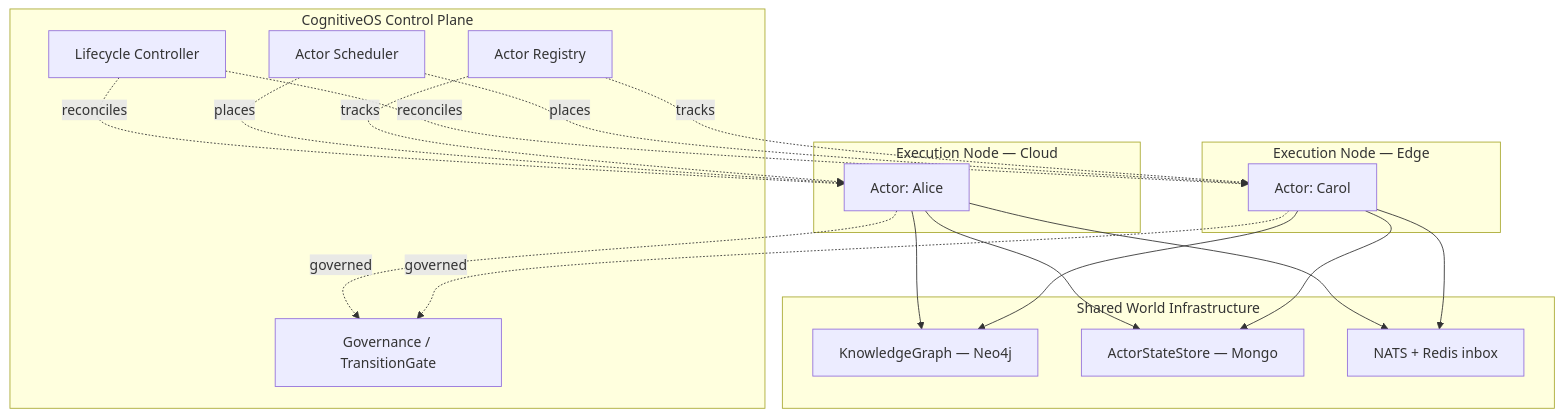
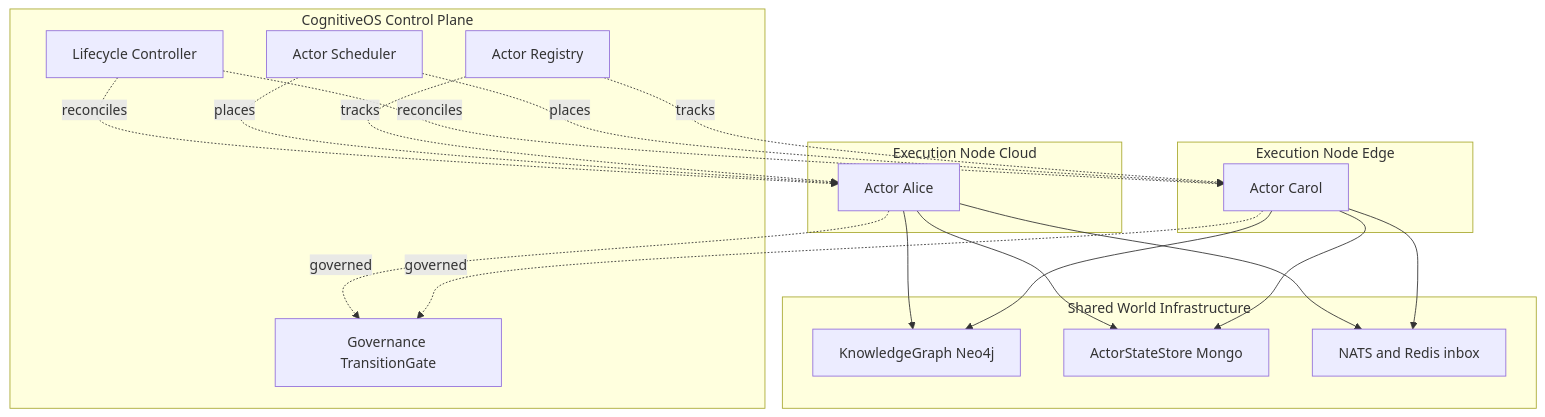
Before and after one commit to monkeypatched-stack/cogitive-os: the seventh of 22 diagrams in docs/DIAGRAMS.md, drawn with Mermaid. The commit also changed other lines of this file, not shown here.

Commit message:
adding diagrams

````diff
--- a/docs/DIAGRAMS.md
+++ b/docs/DIAGRAMS.md
@@ -268,28 +291,38 @@
 ```mermaid
-graph TB
-    subgraph CP["CognitiveOS Control Plane"]
+flowchart TB
+    subgraph cpGrp["CognitiveOS Control Plane"]
         REG["Actor Registry"]
         SCHED["Actor Scheduler"]
         CTRL["Lifecycle Controller"]
-        GOV["Governance / TransitionGate"]
+        GOV["Governance TransitionGate"]
     end
 
-    subgraph SWI["Shared World Infrastructure"]
-        SW["KnowledgeGraph — Neo4j"]
-        PERSIST["ActorStateStore — Mongo"]
-        FABRIC["NATS + Redis inbox"]
+    subgraph swiGrp["Shared World Infrastructure"]
+        SW["KnowledgeGraph Neo4j"]
+        PERSIST["ActorStateStore Mongo"]
+        FABRIC["NATS and Redis inbox"]
     end
 
-    subgraph EN1["Execution Node — Cloud"]
-        ACTOR_A["Actor: Alice"]
-    end
-    subgraph EN2["Execution Node — Edge"]
-        ACTOR_B["Actor: Carol"]
+    subgraph en1Grp["Execution Node Cloud"]
+        ACTOR_A["Actor Alice"]
     end
 
-    CTRL -. reconciles .-> ACTOR_A & ACTOR_B
-    SCHED -. places .-> ACTOR_A & ACTOR_B
-    REG -. tracks .-> ACTOR_A & ACTOR_B
-    ACTOR_A & ACTOR_B --> FABRIC & SW & PERSIST
-    ACTOR_A & ACTOR_B -. governed .-> GOV
+    subgraph en2Grp["Execution Node Edge"]
+        ACTOR_B["Actor Carol"]
+    end
+
+    CTRL -.->|reconciles| ACTOR_A
+    CTRL -.->|reconciles| ACTOR_B
+    SCHED -.->|places| ACTOR_A
+    SCHED -.->|places| ACTOR_B
+    REG -.->|tracks| ACTOR_A
+    REG -.->|tracks| ACTOR_B
+    ACTOR_A --> FABRIC
+    ACTOR_B --> FABRIC
+    ACTOR_A --> SW
+    ACTOR_B --> SW
+    ACTOR_A --> PERSIST
+    ACTOR_B --> PERSIST
+    ACTOR_A -.->|governed| GOV
+    ACTOR_B -.->|governed| GOV
 ```
````
